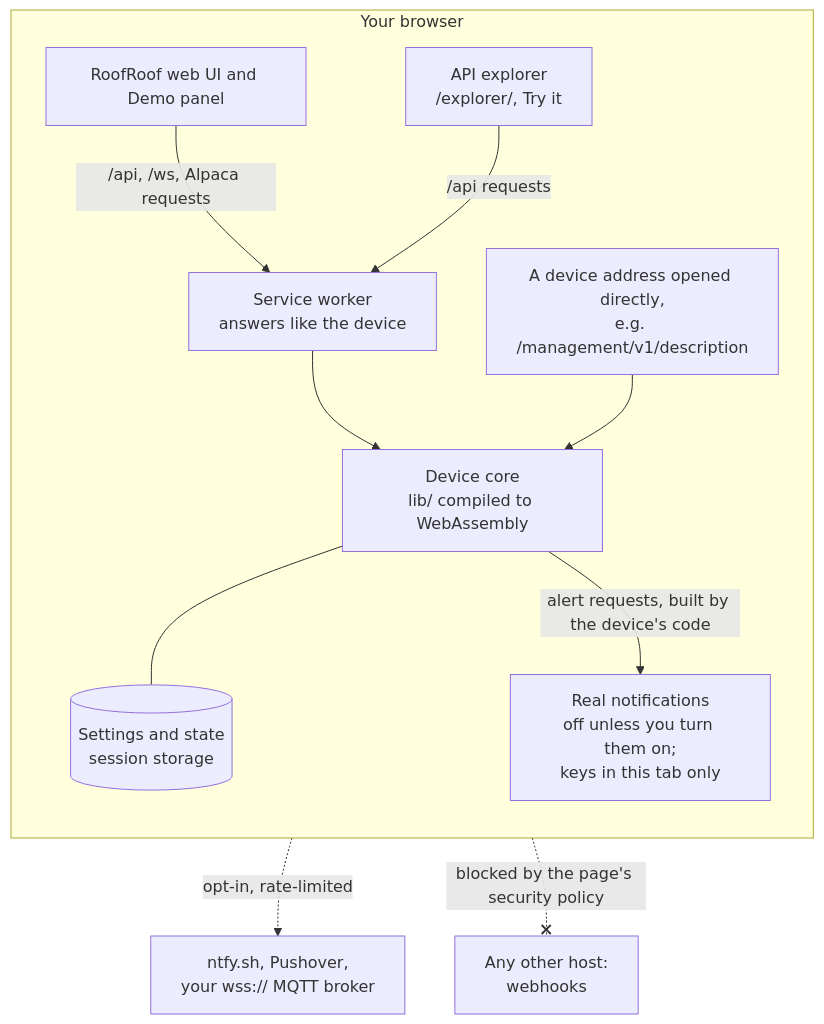
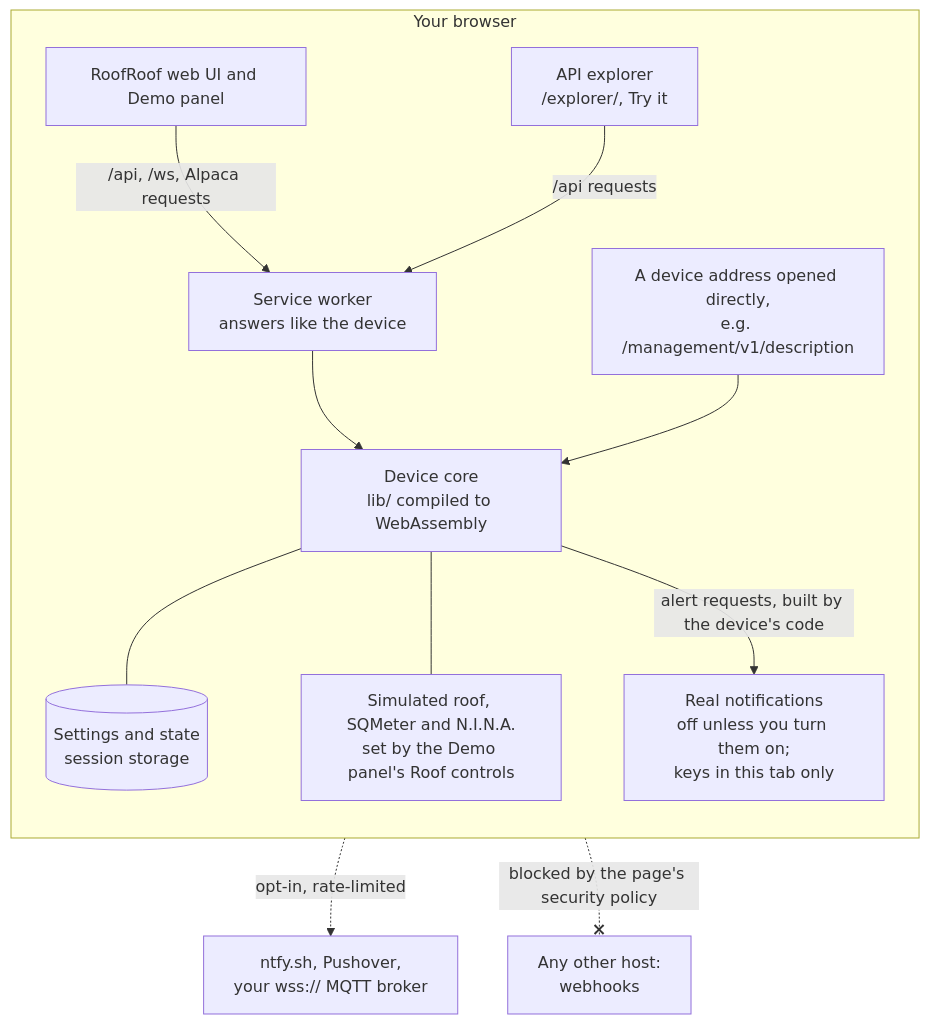
One commit to DeanJ87/RoofRoof changed the diagram in docs/live-demo.md. Above: the diagram before and after it, drawn with Mermaid. The commit also changed other lines of this file and 7 other files, not shown here.

Commit message:
011: diagrams re-checked against their sources (demo, OTA upload, code layers)

````diff
--- a/docs/live-demo.md
+++ b/docs/live-demo.md
@@ -146,16 +146,17 @@
 ```mermaid
 flowchart TB
     accTitle: How the demo works
-    accDescr: Everything runs in your browser. The device core, the firmware's own logic compiled to WebAssembly, keeps the settings and state. A service worker answers the web UI's and the API explorer's requests from that core, and device addresses opened directly are answered the same way. Only if you turn on real notifications does the browser send the core's alert requests to ntfy.sh, Pushover or your secure WebSocket broker; the page's security policy blocks every other host.
+    accDescr: Everything runs in your browser. The device core, the firmware's own logic compiled to WebAssembly, keeps the settings and state, and drives a simulated roof, SQMeter and N.I.N.A. that the Demo panel's Roof controls can make go wrong. A service worker answers the web UI's and the API explorer's requests from that core, and device addresses opened directly are answered the same way. Only if you turn on real notifications does the browser send the core's alert requests to ntfy.sh, Pushover or your secure WebSocket broker; the page's security policy blocks every other host.
     subgraph browser["Your browser"]
         direction TB
         CORE["Device core<br/>lib/ compiled to WebAssembly"] --- STORE[("Settings and state<br/>session storage")]
+        CORE --- ROOF["Simulated roof, SQMeter and N.I.N.A.<br/>set by the Demo panel's Roof controls"]
         UI["RoofRoof web UI and Demo panel"] -->|"/api, /ws, Alpaca requests"| SW["Service worker<br/>answers like the device"]
         EXPLORER["API explorer<br/>/explorer/, Try it"] -->|"/api requests"| SW
         SW --> CORE
         DIRECT["A device address opened directly,<br/>e.g. /management/v1/description"] --> CORE
         CORE -->|"alert requests, built by the device's code"| REAL["Real notifications<br/>off unless you turn them on;<br/>keys in this tab only"]
     end
     REAL -.->|opt-in, rate-limited| SERVICES["ntfy.sh, Pushover,<br/>your wss:// MQTT broker"]
     browser -.-x|blocked by the page's security policy| OUTSIDE["Any other host:<br/>webhooks"]
 ```
````
